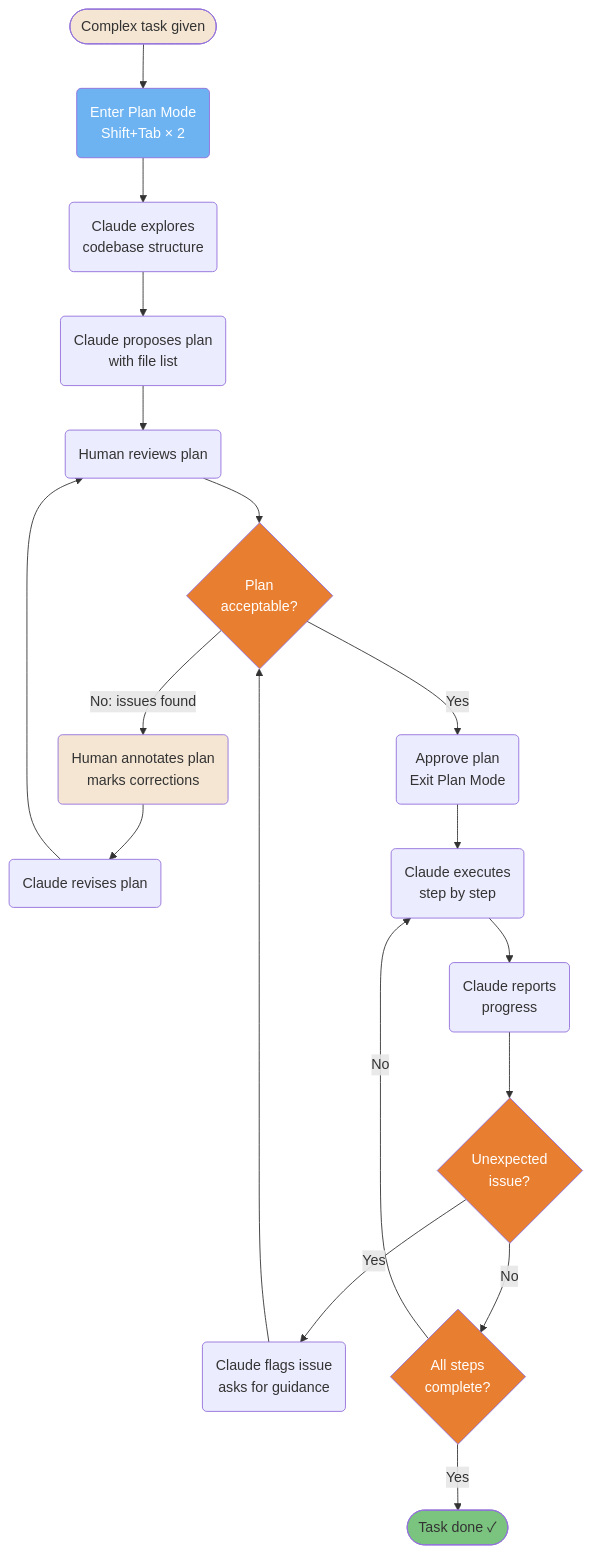
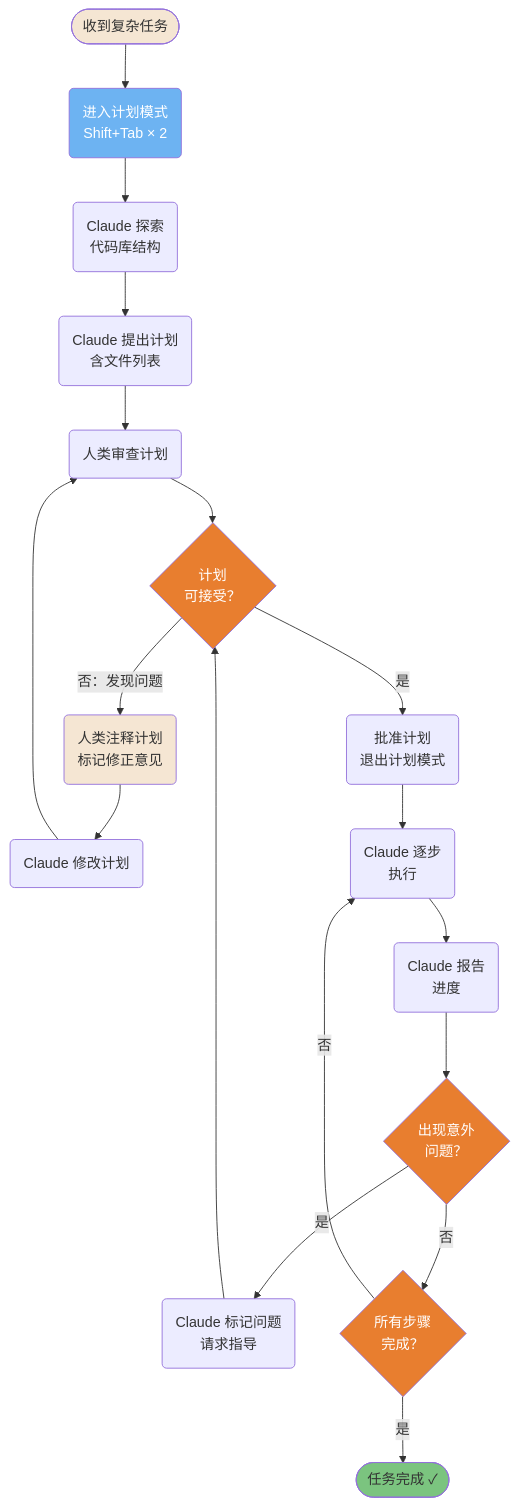
The third of 5 diagrams in claude-code/diagrams/06-development-workflows.md (lawrencewzen/aispark-wiki), drawn with Mermaid before and after one commit. The commit also changed other lines of this file and 82 other files, not shown here.

First line of the commit message:
feat: 完成 claude-code/ 目录全量中文翻译

````diff
--- a/claude-code/diagrams/06-development-workflows.md
+++ b/claude-code/diagrams/06-development-workflows.md
@@ -167,44 +167,44 @@
 ```mermaid
 flowchart TD
-    A([Complex task given]) --> B(Enter Plan Mode<br/>Shift+Tab × 2)
-    B --> C(Claude explores<br/>codebase structure)
-    C --> D(Claude proposes plan<br/>with file list)
-    D --> E(Human reviews plan)
-    E --> F{Plan<br/>acceptable?}
-    F -->|No: issues found| G(Human annotates plan<br/>marks corrections)
-    G --> H(Claude revises plan)
+    A([收到复杂任务]) --> B(进入计划模式<br/>Shift+Tab × 2)
+    B --> C(Claude 探索<br/>代码库结构)
+    C --> D(Claude 提出计划<br/>含文件列表)
+    D --> E(人类审查计划)
+    E --> F{计划<br/>可接受？}
+    F -->|否：发现问题| G(人类注释计划<br/>标记修正意见)
+    G --> H(Claude 修改计划)
     H --> E
-    F -->|Yes| I(Approve plan<br/>Exit Plan Mode)
-    I --> J(Claude executes<br/>step by step)
-    J --> K(Claude reports<br/>progress)
-    K --> L{Unexpected<br/>issue?}
-    L -->|Yes| M(Claude flags issue<br/>asks for guidance)
+    F -->|是| I(批准计划<br/>退出计划模式)
+    I --> J(Claude 逐步<br/>执行)
+    J --> K(Claude 报告<br/>进度)
+    K --> L{出现意外<br/>问题？}
+    L -->|是| M(Claude 标记问题<br/>请求指导)
     M --> F
-    L -->|No| N{All steps<br/>complete?}
-    N -->|No| J
-    N -->|Yes| O([Task done ✓])
+    L -->|否| N{所有步骤<br/>完成？}
+    N -->|否| J
+    N -->|是| O([任务完成 ✓])
 
     style A fill:#F5E6D3,color:#333
     style B fill:#6DB3F2,color:#fff
     style F fill:#E87E2F,color:#fff
     style L fill:#E87E2F,color:#fff
     style N fill:#E87E2F,color:#fff
     style G fill:#F5E6D3,color:#333
     style O fill:#7BC47F,color:#333
 
-    click A href "https://github.com/claude-code-ultimate-guide/claude-code-ultimate-guide/blob/main/guide/workflows/plan-driven.md" "Complex task given"
-    click B href "https://github.com/claude-code-ultimate-guide/claude-code-ultimate-guide/blob/main/guide/ultimate-guide.md#23-plan-mode" "Enter Plan Mode"
-    click C href "https://github.com/claude-code-ultimate-guide/claude-code-ultimate-guide/blob/main/guide/workflows/plan-driven.md" "Claude explores codebase"
-    click D href "https://github.com/claude-code-ultimate-guide/claude-code-ultimate-guide/blob/main/guide/workflows/plan-driven.md" "Claude proposes plan"
-    click E href "https://github.com/claude-code-ultimate-guide/claude-code-ultimate-guide/blob/main/guide/workflows/plan-driven.md" "Human reviews plan"
-    click F href "https://github.com/claude-code-ultimate-guide/claude-code-ultimate-guide/blob/main/guide/workflows/plan-driven.md" "Plan acceptable?"
-    click G href "https://github.com/claude-code-ultimate-guide/claude-code-ultimate-guide/blob/main/guide/workflows/plan-driven.md" "Human annotates plan"
-    click H href "https://github.com/claude-code-ultimate-guide/claude-code-ultimate-guide/blob/main/guide/workflows/plan-driven.md" "Claude revises plan"
-    click I href "https://github.com/claude-code-ultimate-guide/claude-code-ultimate-guide/blob/main/guide/ultimate-guide.md#23-plan-mode" "Approve plan — Exit Plan Mode"
-    click J href "https://github.com/claude-code-ultimate-guide/claude-code-ultimate-guide/blob/main/guide/workflows/plan-driven.md" "Claude executes step by step"
-    click K href "https://github.com/claude-code-ultimate-guide/claude-code-ultimate-guide/blob/main/guide/workflows/plan-driven.md" "Claude reports progress"
-    click L href "https://github.com/claude-code-ultimate-guide/claude-code-ultimate-guide/blob/main/guide/workflows/plan-driven.md" "Unexpected issue?"
-    click M href "https://github.com/claude-code-ultimate-guide/claude-code-ultimate-guide/blob/main/guide/workflows/plan-driven.md" "Claude flags issue"
-    click N href "https://github.com/claude-code-ultimate-guide/claude-code-ultimate-guide/blob/main/guide/workflows/plan-driven.md" "All steps complete?"
-    click O href "https://github.com/claude-code-ultimate-guide/claude-code-ultimate-guide/blob/main/guide/workflows/plan-driven.md" "Task done ✓"
+    click A href "https://github.com/claude-code-ultimate-guide/claude-code-ultimate-guide/blob/main/guide/workflows/plan-driven.md" "收到复杂任务"
+    click B href "https://github.com/claude-code-ultimate-guide/claude-code-ultimate-guide/blob/main/guide/ultimate-guide.md#23-plan-mode" "进入计划模式"
+    click C href "https://github.com/claude-code-ultimate-guide/claude-code-ultimate-guide/blob/main/guide/workflows/plan-driven.md" "Claude 探索代码库"
+    click D href "https://github.com/claude-code-ultimate-guide/claude-code-ultimate-guide/blob/main/guide/workflows/plan-driven.md" "Claude 提出计划"
+    click E href "https://github.com/claude-code-ultimate-guide/claude-code-ultimate-guide/blob/main/guide/workflows/plan-driven.md" "人类审查计划"
+    click F href "https://github.com/claude-code-ultimate-guide/claude-code-ultimate-guide/blob/main/guide/workflows/plan-driven.md" "计划可接受？"
+    click G href "https://github.com/claude-code-ultimate-guide/claude-code-ultimate-guide/blob/main/guide/workflows/plan-driven.md" "人类注释计划"
+    click H href "https://github.com/claude-code-ultimate-guide/claude-code-ultimate-guide/blob/main/guide/workflows/plan-driven.md" "Claude 修改计划"
+    click I href "https://github.com/claude-code-ultimate-guide/claude-code-ultimate-guide/blob/main/guide/ultimate-guide.md#23-plan-mode" "批准计划 — 退出计划模式"
+    click J href "https://github.com/claude-code-ultimate-guide/claude-code-ultimate-guide/blob/main/guide/workflows/plan-driven.md" "Claude 逐步执行"
+    click K href "https://github.com/claude-code-ultimate-guide/claude-code-ultimate-guide/blob/main/guide/workflows/plan-driven.md" "Claude 报告进度"
+    click L href "https://github.com/claude-code-ultimate-guide/claude-code-ultimate-guide/blob/main/guide/workflows/plan-driven.md" "出现意外问题？"
+    click M href "https://github.com/claude-code-ultimate-guide/claude-code-ultimate-guide/blob/main/guide/workflows/plan-driven.md" "Claude 标记问题"
+    click N href "https://github.com/claude-code-ultimate-guide/claude-code-ultimate-guide/blob/main/guide/workflows/plan-driven.md" "所有步骤完成？"
+    click O href "https://github.com/claude-code-ultimate-guide/claude-code-ultimate-guide/blob/main/guide/workflows/plan-driven.md" "任务完成 ✓"
 ```
````
